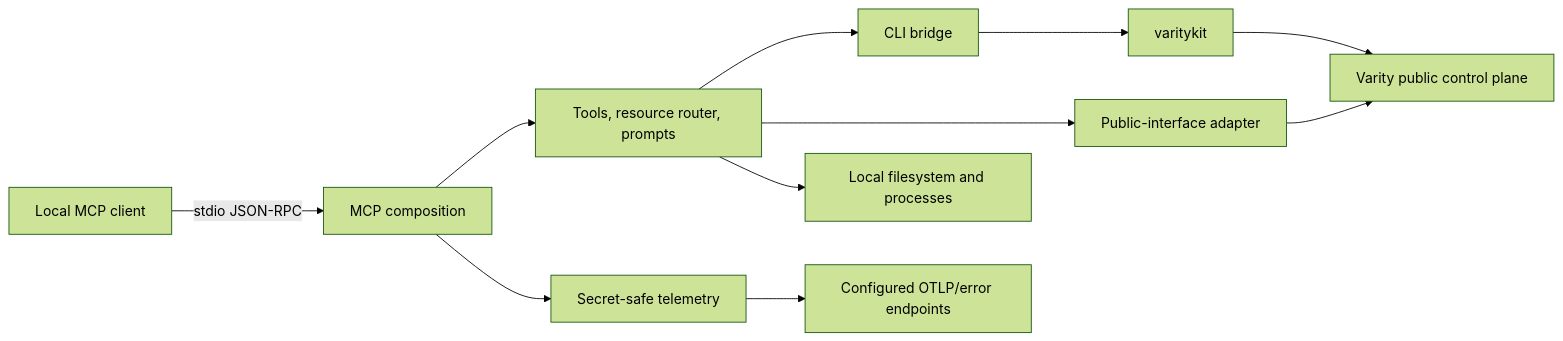
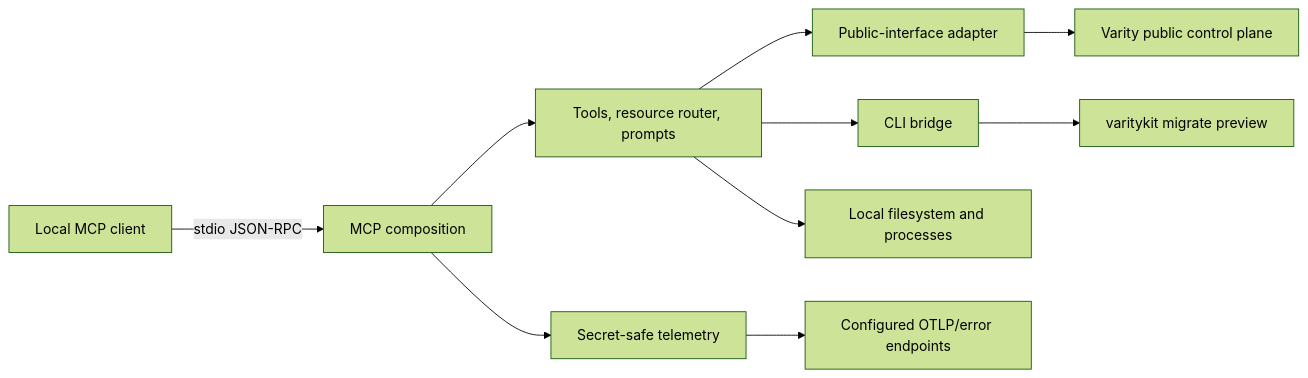
One commit to varity-labs/varity-mcp changed the diagram in ARCHITECTURE.md. Above: the diagram before and after it, drawn with Mermaid (forest theme). The commit also changed other lines of this file and 50 other files, not shown here.

First line of the commit message:
varity-mcp 2.3.26: public-API templates, idempotent creates, hand-publish custody, honest remedies (A-MCP) (#98)

````diff
--- a/ARCHITECTURE.md
+++ b/ARCHITECTURE.md
@@ -40,9 +40,9 @@
 ```mermaid
 flowchart LR
   CLIENT[Local MCP client] -->|stdio JSON-RPC| SERVER[MCP composition]
   SERVER --> TOOLS[Tools, resource router, prompts]
-  TOOLS --> CLI[CLI bridge] --> VK[varitykit] --> CONTROL[Varity public control plane]
-  TOOLS --> PUBLIC[Public-interface adapter] --> CONTROL
+  TOOLS --> PUBLIC[Public-interface adapter] --> CONTROL[Varity public control plane]
+  TOOLS --> CLI[CLI bridge] --> VK[varitykit migrate preview]
   TOOLS --> LOCAL[Local filesystem and processes]
   SERVER --> TELEMETRY[Secret-safe telemetry] --> OTLP[Configured OTLP/error endpoints]
 ```
````
